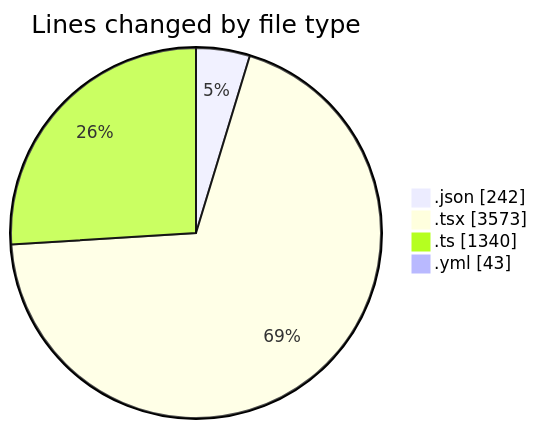
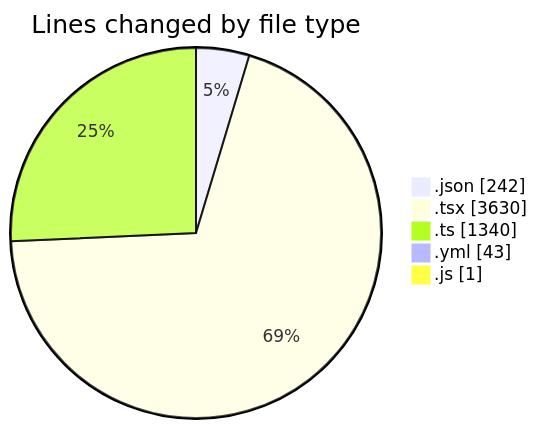
The first of 2 diagrams in 2025-11-17/eventscop-frontend-guide__workspace_/README.md (julien-gomy/code-tracking), drawn with Mermaid before and after one commit. The commit also changed other lines of this file and 1 other file, not shown here.

````diff
--- a/2025-11-17/eventscop-frontend-guide__workspace_/README.md
+++ b/2025-11-17/eventscop-frontend-guide__workspace_/README.md
@@ -47,8 +48,9 @@
 ```mermaid
 pie showData
 title Lines changed by file type
 ".json" : 242
-".tsx" : 3573
+".tsx" : 3630
 ".ts" : 1340
 ".yml" : 43
+".js" : 1
 ```
````
